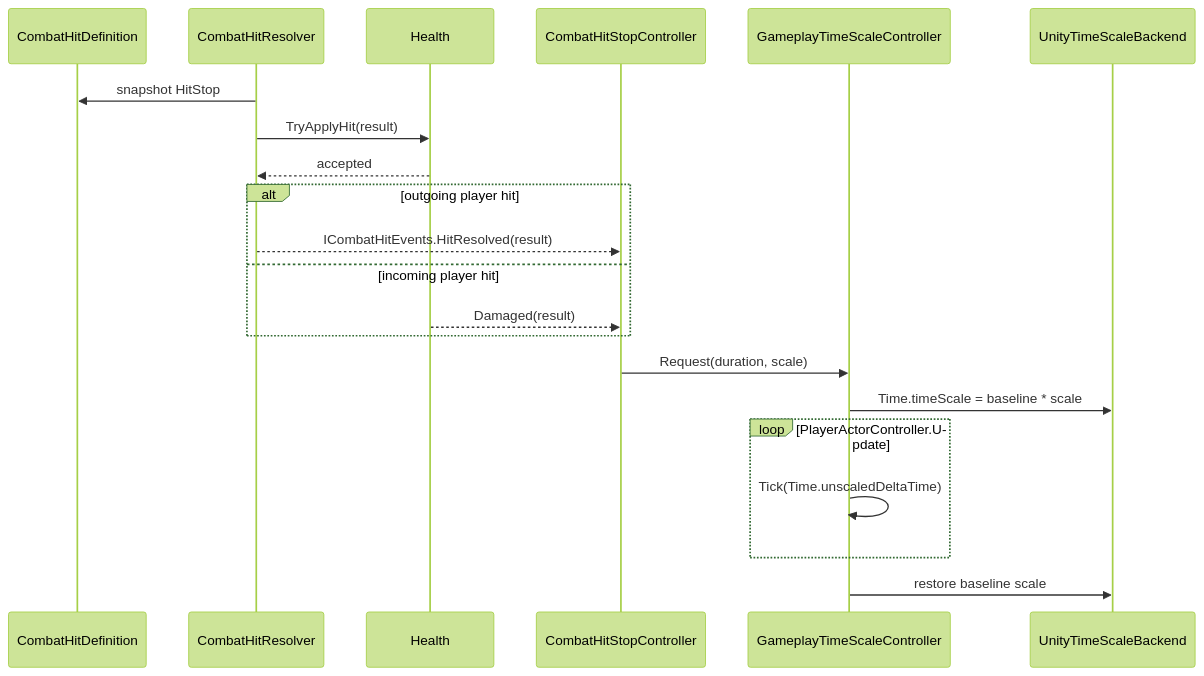
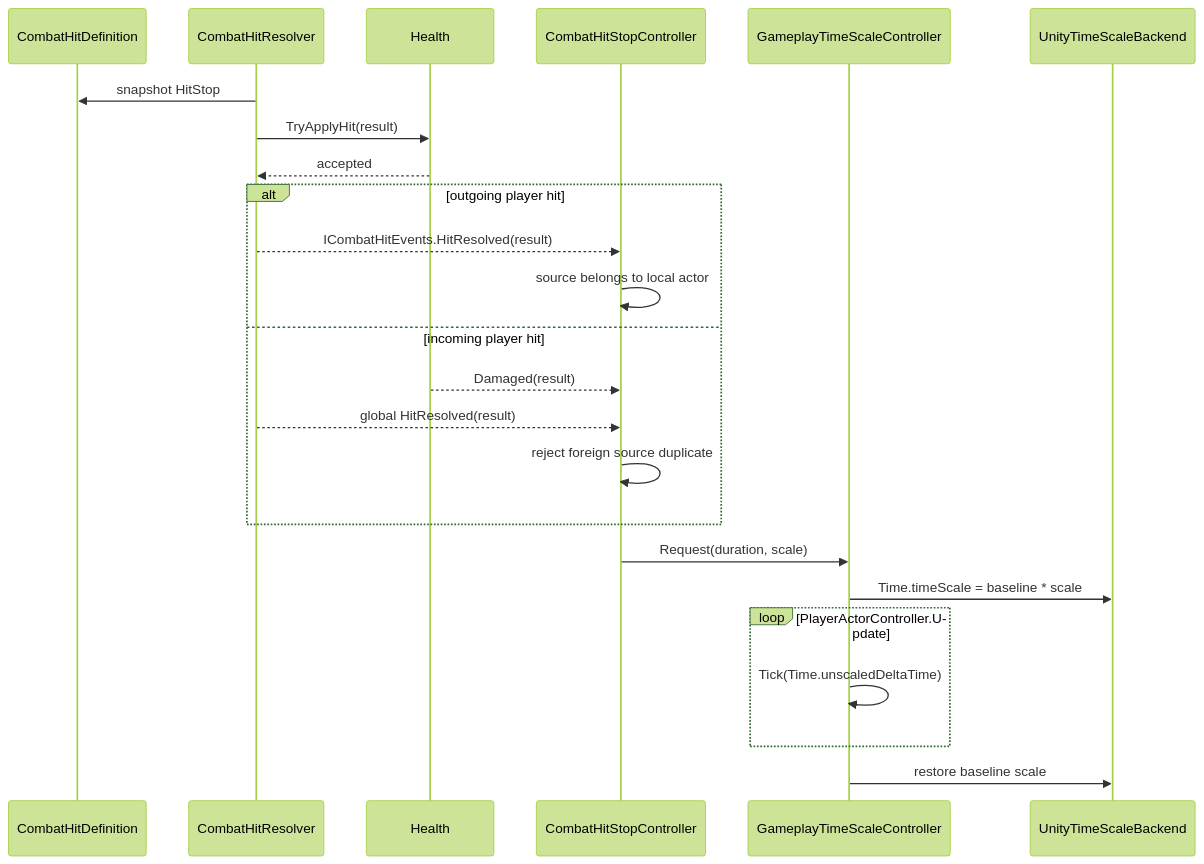
One commit to MaximFonariuc/project-s changed the second of 2 diagrams in Docs/Architecture/Combat.HitStop.md. Above: the diagram before and after it, drawn with Mermaid (forest theme). The commit also changed other lines of this file and 1 other file, not shown here.

Commit message:
fix(combat): filter local hit stop events

````diff
--- a/Docs/Architecture/Combat.HitStop.md
+++ b/Docs/Architecture/Combat.HitStop.md
@@ -113,24 +119,27 @@
 ```mermaid
 sequenceDiagram
     participant Action as CombatHitDefinition
     participant Resolver as CombatHitResolver
     participant Health
     participant Stop as CombatHitStopController
     participant Time as GameplayTimeScaleController
     participant Unity as UnityTimeScaleBackend
 
     Resolver->>Action: snapshot HitStop
     Resolver->>Health: TryApplyHit(result)
     Health-->>Resolver: accepted
     alt outgoing player hit
         Resolver-->>Stop: ICombatHitEvents.HitResolved(result)
+        Stop->>Stop: source belongs to local actor
     else incoming player hit
         Health-->>Stop: Damaged(result)
+        Resolver-->>Stop: global HitResolved(result)
+        Stop->>Stop: reject foreign source duplicate
     end
     Stop->>Time: Request(duration, scale)
     Time->>Unity: Time.timeScale = baseline * scale
     loop PlayerActorController.Update
         Time->>Time: Tick(Time.unscaledDeltaTime)
     end
     Time->>Unity: restore baseline scale
 ```
````
